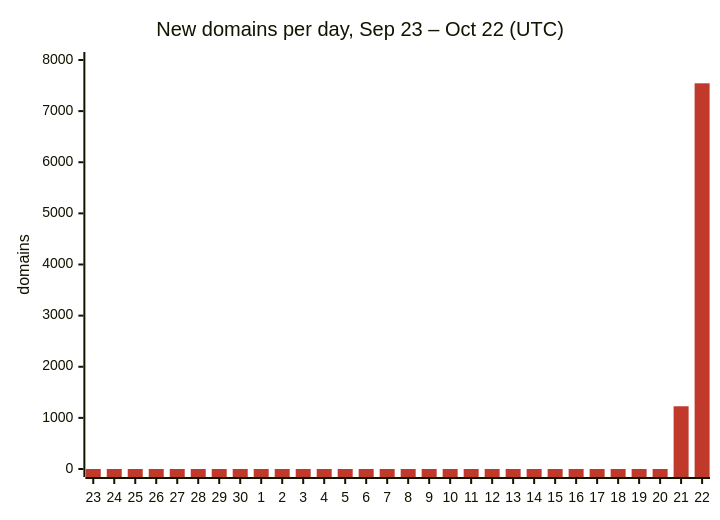
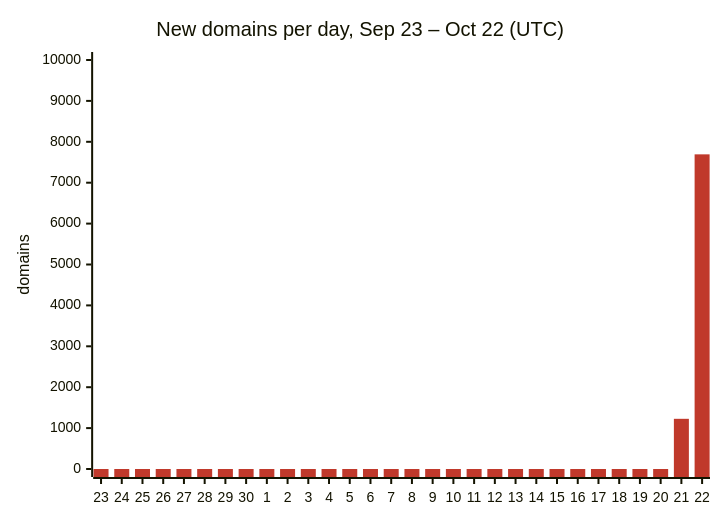
The first of 3 diagrams in README.md (DNSBunker/CTI), drawn with Mermaid before and after one commit. The commit also changed other lines of this file and 3 other files, not shown here.

````diff
--- a/README.md
+++ b/README.md
@@ -29,8 +29,8 @@
 ```mermaid
 %%{init: {"themeVariables": {"xyChart": {"plotColorPalette": "#c0392b"}}}}%%
 xychart-beta
     title "New domains per day, Sep 23 – Oct 22 (UTC)"
     x-axis ["23", "24", "25", "26", "27", "28", "29", "30", "1", "2", "3", "4", "5", "6", "7", "8", "9", "10", "11", "12", "13", "14", "15", "16", "17", "18", "19", "20", "21", "22"]
-    y-axis "domains" 0 --> 8000
-    bar [0, 0, 0, 0, 0, 0, 0, 0, 0, 0, 0, 0, 0, 0, 0, 0, 0, 0, 0, 0, 0, 0, 0, 0, 0, 0, 0, 0, 1227, 7544]
+    y-axis "domains" 0 --> 10000
+    bar [0, 0, 0, 0, 0, 0, 0, 0, 0, 0, 0, 0, 0, 0, 0, 0, 0, 0, 0, 0, 0, 0, 0, 0, 0, 0, 0, 0, 1227, 7693]
 ```
````
